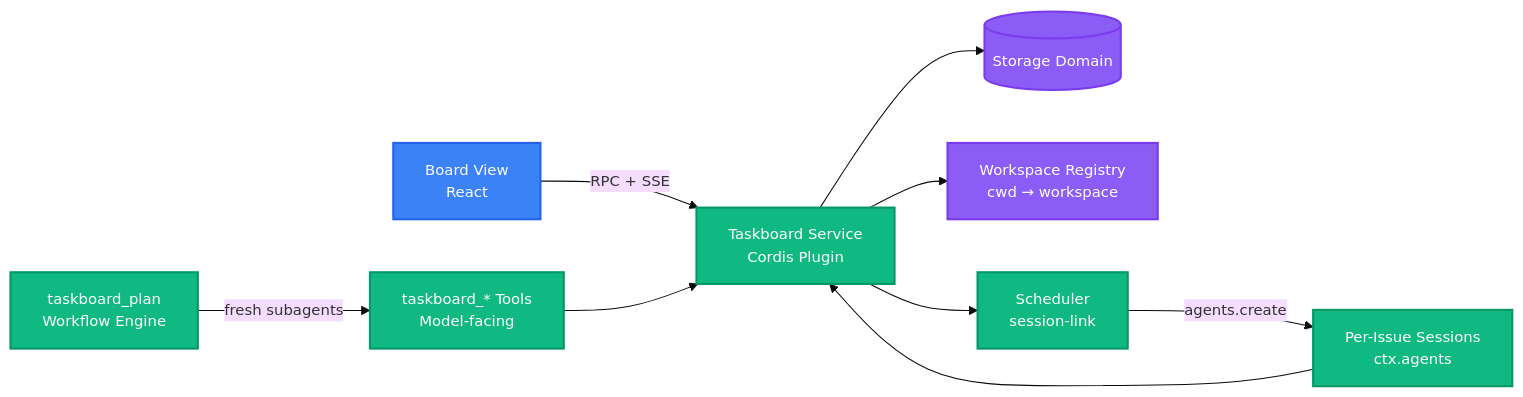
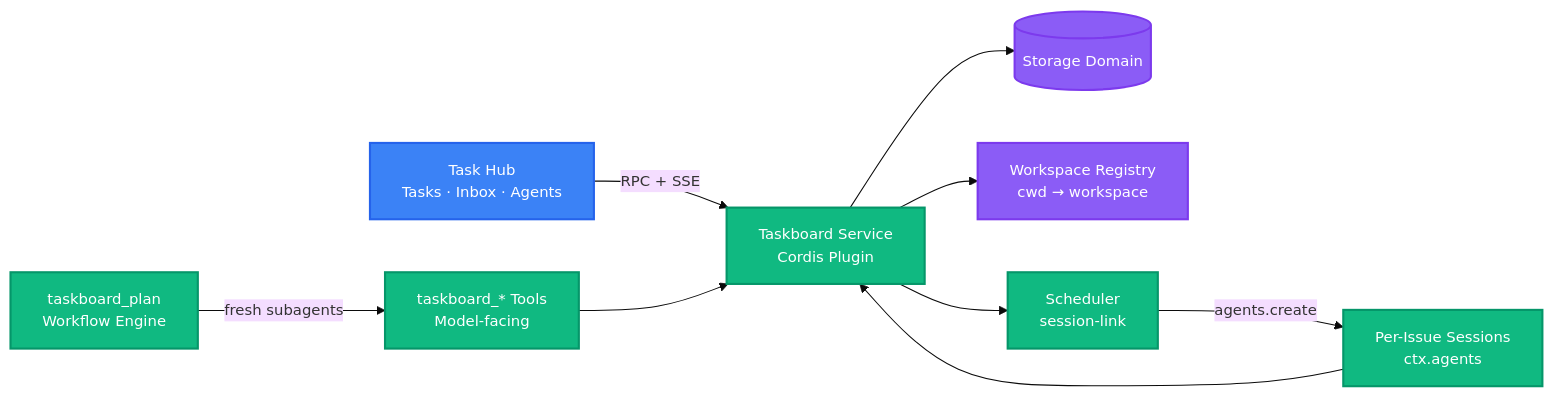
Before and after one commit to EricJiang0423/dsh-orchestrator: the diagram in README.md, drawn with Mermaid. The commit also changed other lines of this file and 19 other files, not shown here.

Commit message:
feat(task-hub): add multica-style agents and inbox

````diff
--- a/README.md
+++ b/README.md
@@ -145,20 +148,20 @@
 ```mermaid
 %%{init: {'theme': 'base', 'themeVariables': {'fontSize': '14px'}}}%%
 graph LR
-    UI[Board View<br/>React] -->|RPC + SSE| SVC[Taskboard Service<br/>Cordis Plugin]
+    UI[Task Hub<br/>Tasks · Inbox · Agents] -->|RPC + SSE| SVC[Taskboard Service<br/>Cordis Plugin]
     TOOLS[taskboard_* Tools<br/>Model-facing] --> SVC
     PLAN[taskboard_plan<br/>Workflow Engine] -->|fresh subagents| TOOLS
     SVC --> DB[(Storage Domain)]
     SVC --> WS[Workspace Registry<br/>cwd → workspace]
     SCHED[Scheduler<br/>session-link] -->|agents.create| ISS[Per-Issue Sessions<br/>ctx.agents]
     SVC --> SCHED
     ISS --> SVC
 
     classDef client fill:#3B82F6,stroke:#2563EB,color:#fff,stroke-width:2px
     classDef service fill:#10B981,stroke:#059669,color:#fff,stroke-width:2px
     classDef data fill:#8B5CF6,stroke:#7C3AED,color:#fff,stroke-width:2px
 
     class UI client
     class SVC,TOOLS,PLAN,SCHED,ISS service
     class DB,WS data
 ```
````
